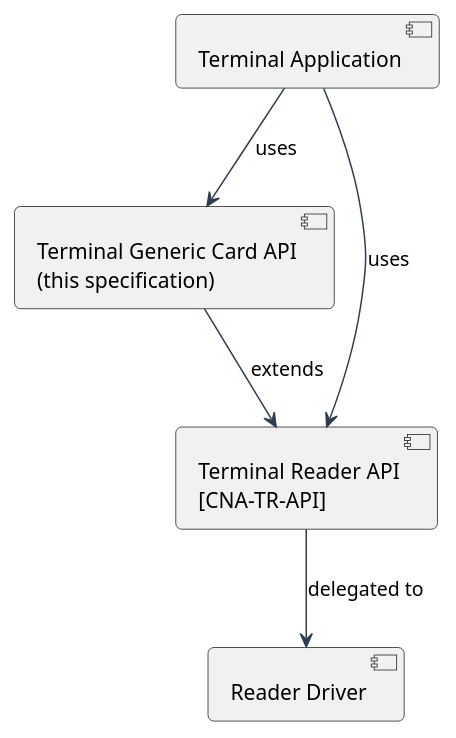
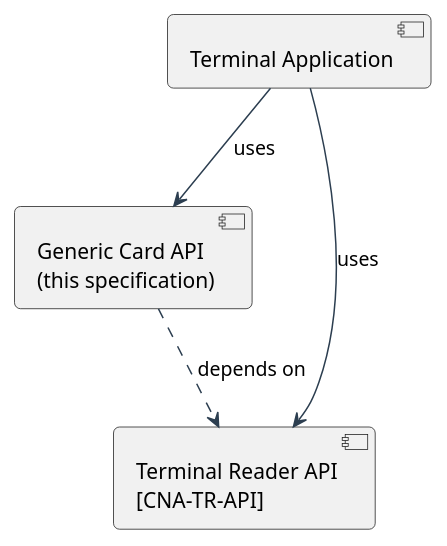
One commit to calypsonet/calypsonet-terminal-genericcard-uml-api changed the diagram in api_specification.adoc. Above: the diagram before and after it, drawn with PlantUML. The commit also changed other lines of this file, not shown here.

```diff
--- a/api_specification.adoc
+++ b/api_specification.adoc
@@ -215,18 +203,16 @@
 [plantuml, target=architecture-overview, format=svg]
 ....
 @startuml
 skinparam shadowing false
 skinparam roundCorner 8
 skinparam ArrowColor #2C3E50
 
 component "Terminal Application" as App
-component "Terminal Generic Card API\n(this specification)" as GC
+component "Generic Card API\n(this specification)" as GC
 component "Terminal Reader API\n[CNA-TR-API]" as TR
-component "Reader Driver" as Drv
 
 App --> GC : uses
 App --> TR : uses
-GC  --> TR : extends
-TR  --> Drv : delegated to
+GC  ..> TR : depends on
 @enduml
 ....
```
